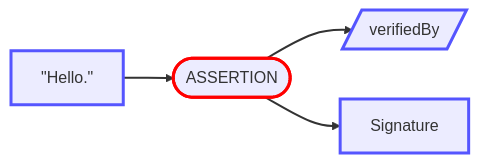
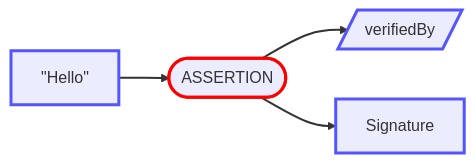
The fourth of 26 diagrams in Envelope/OutputFormats.md (BlockchainCommons/Gordian), drawn with Mermaid before and after one commit. The commit also changed other lines of this file and 6 other files, not shown here.

````diff
--- a/Envelope/OutputFormats.md
+++ b/Envelope/OutputFormats.md
@@ -114,17 +137,17 @@
 ```mermaid
 graph LR
-    1["#quot;Hello.#quot;"]
+    1["#quot;Hello#quot;"]
     2(["ASSERTION"])
     3[/"verifiedBy"/]
     4["Signature"]
     1 --> 2
     2 --> 3
     2 --> 4
     style 1 stroke:#55f,stroke-width:3.0px
     style 2 stroke:red,stroke-width:3.0px
     style 3 stroke:#55f,stroke-width:3.0px
     style 4 stroke:#55f,stroke-width:3.0px
     linkStyle 0 stroke-width:2.0px
     linkStyle 1 stroke-width:2.0px
     linkStyle 2 stroke-width:2.0px
 ```
````
